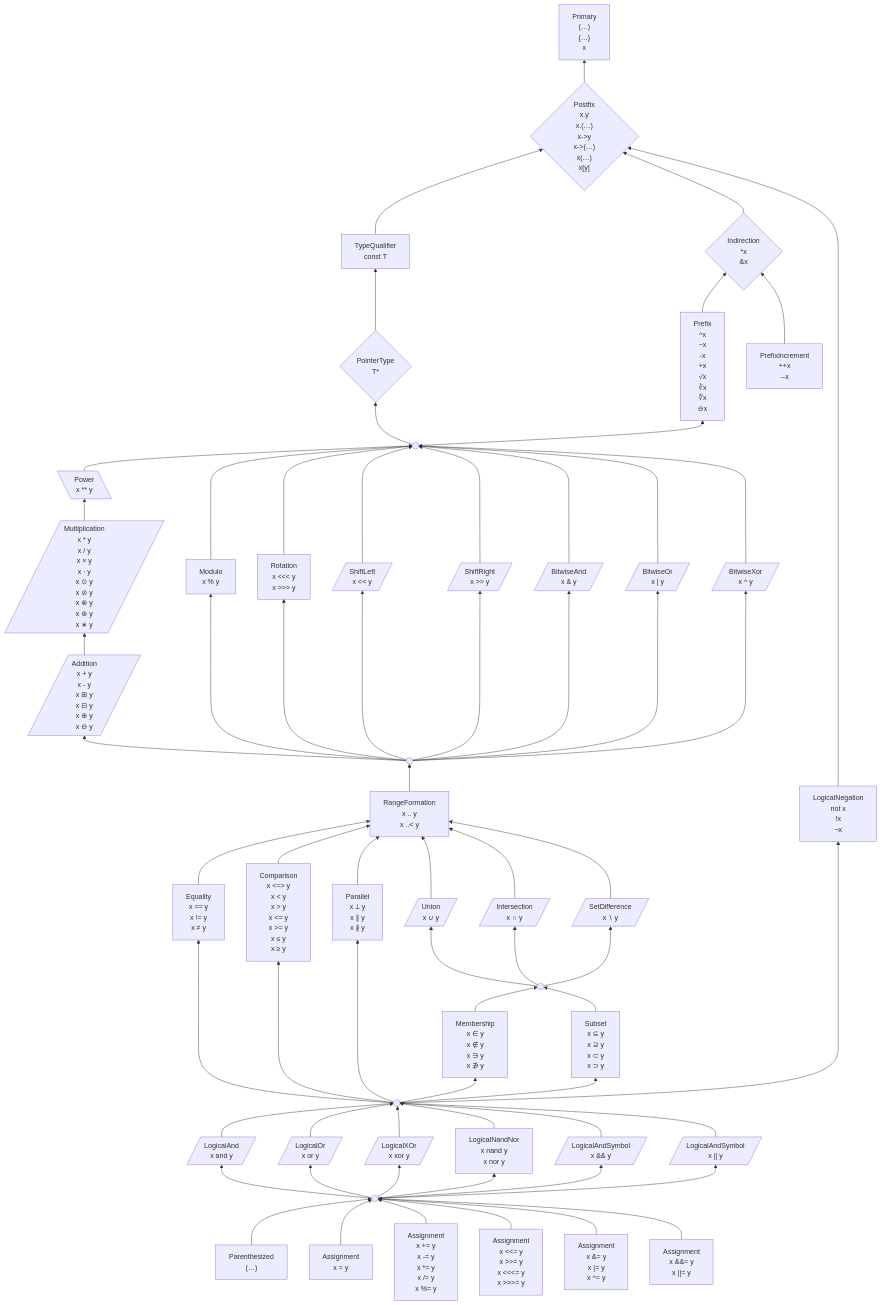
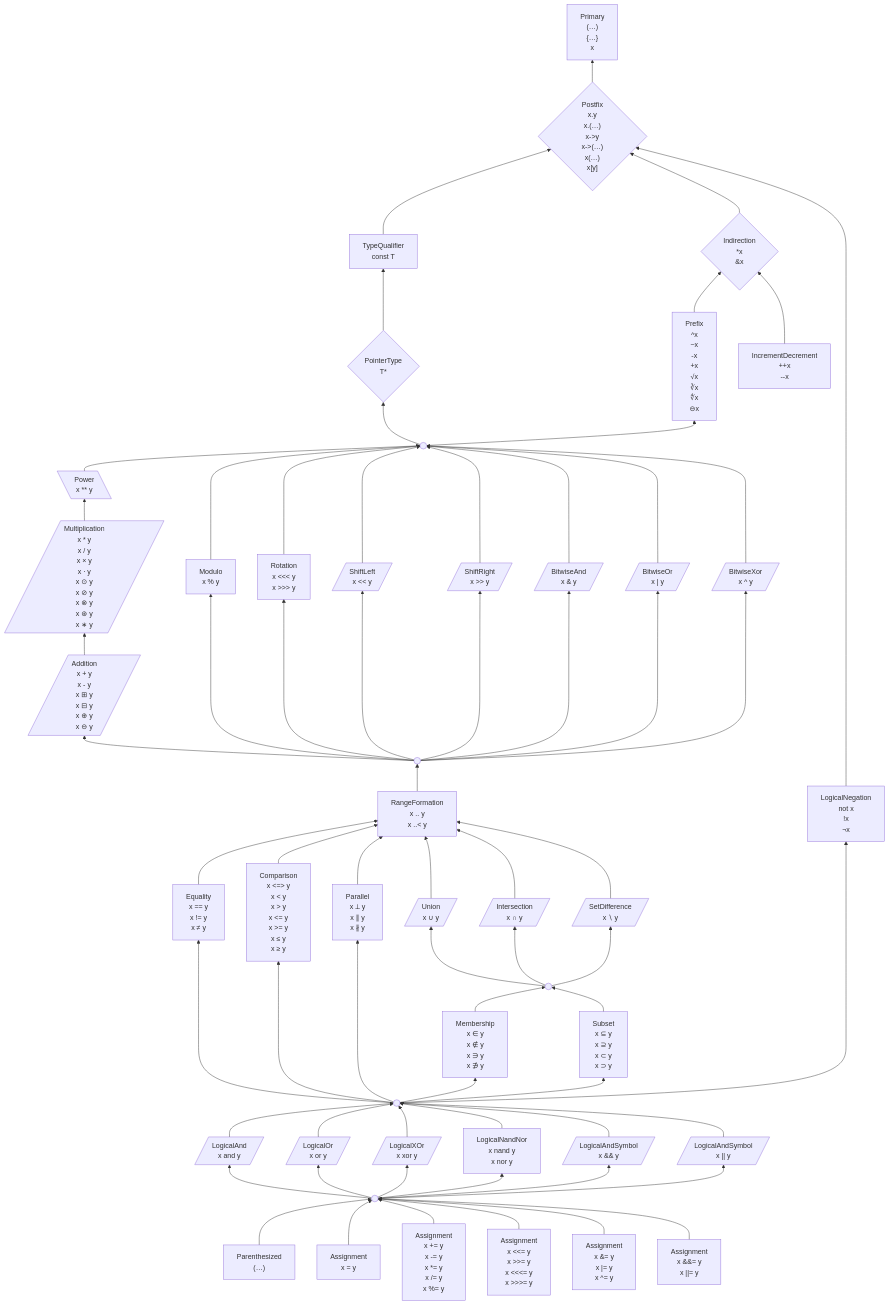
The first of 2 diagrams in 6 .../2 Unfinished Ideas.md (laro/Cilia), drawn with Mermaid before and after one commit.

Commit message:
Update 2 Unfinished Ideas.md

```diff
--- a/6 .../2 Unfinished Ideas.md
+++ b/6 .../2 Unfinished Ideas.md
@@ -230,7 +230,7 @@
 ∛x
 ∜x
 ⊖x"]
-    incDec["PrefixIncrement
+    incDec["IncrementDecrement
 ++x
 --x"]
 
```
